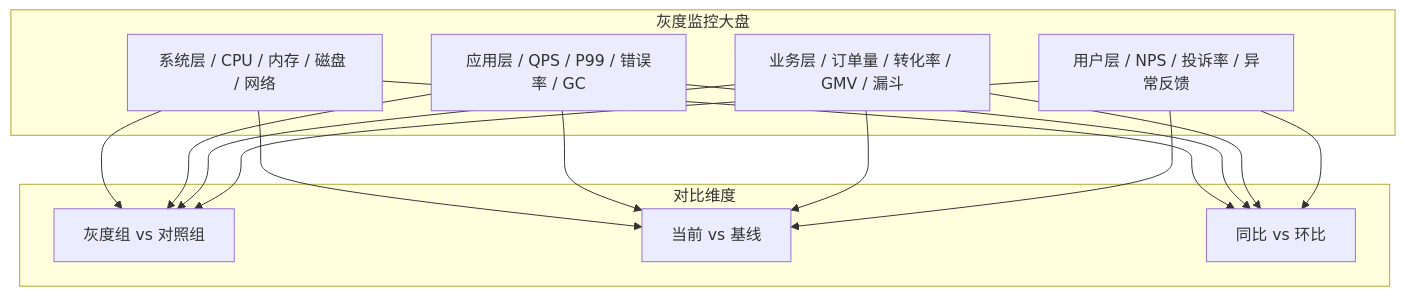
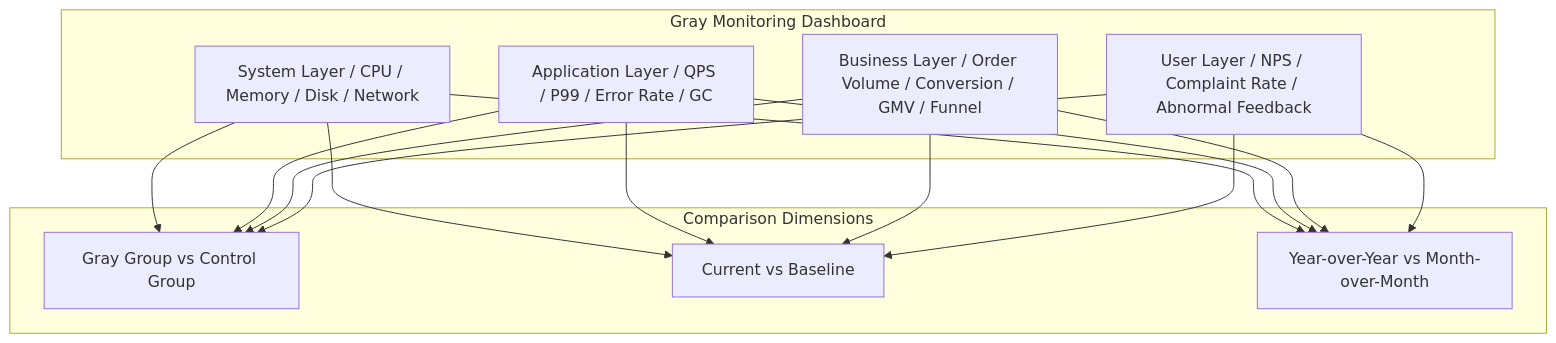
Before and after one commit to Kirky-X/cangjie: the seventh of 9 diagrams in templates/产品/交付层/【模板】灰度方案.md, drawn with Mermaid. The commit also changed other lines of this file and 46 other files, not shown here.

````diff
--- a/templates/产品/交付层/【模板】灰度方案.md
+++ b/templates/产品/交付层/【模板】灰度方案.md
@@ -343,28 +343,28 @@
 ```mermaid
 graph TB
-    subgraph "灰度监控大盘"
-        M1["系统层 / CPU / 内存 / 磁盘 / 网络"]
-        M2["应用层 / QPS / P99 / 错误率 / GC"]
-        M3["业务层 / 订单量 / 转化率 / GMV / 漏斗"]
-        M4["用户层 / NPS / 投诉率 / 异常反馈"]
+    subgraph "Gray Monitoring Dashboard"
+        M1["System Layer / CPU / Memory / Disk / Network"]
+        M2["Application Layer / QPS / P99 / Error Rate / GC"]
+        M3["Business Layer / Order Volume / Conversion / GMV / Funnel"]
+        M4["User Layer / NPS / Complaint Rate / Abnormal Feedback"]
     end
 
-    subgraph "对比维度"
-        C1["灰度组 vs 对照组"]
-        C2["当前 vs 基线"]
-        C3["同比 vs 环比"]
+    subgraph "Comparison Dimensions"
+        C1["Gray Group vs Control Group"]
+        C2["Current vs Baseline"]
+        C3["Year-over-Year vs Month-over-Month"]
     end
 
     M1 --> C1
     M2 --> C1
     M3 --> C1
     M4 --> C1
     M1 --> C2
     M2 --> C2
     M3 --> C2
     M4 --> C2
     M1 --> C3
     M2 --> C3
     M3 --> C3
     M4 --> C3
 ```
````
